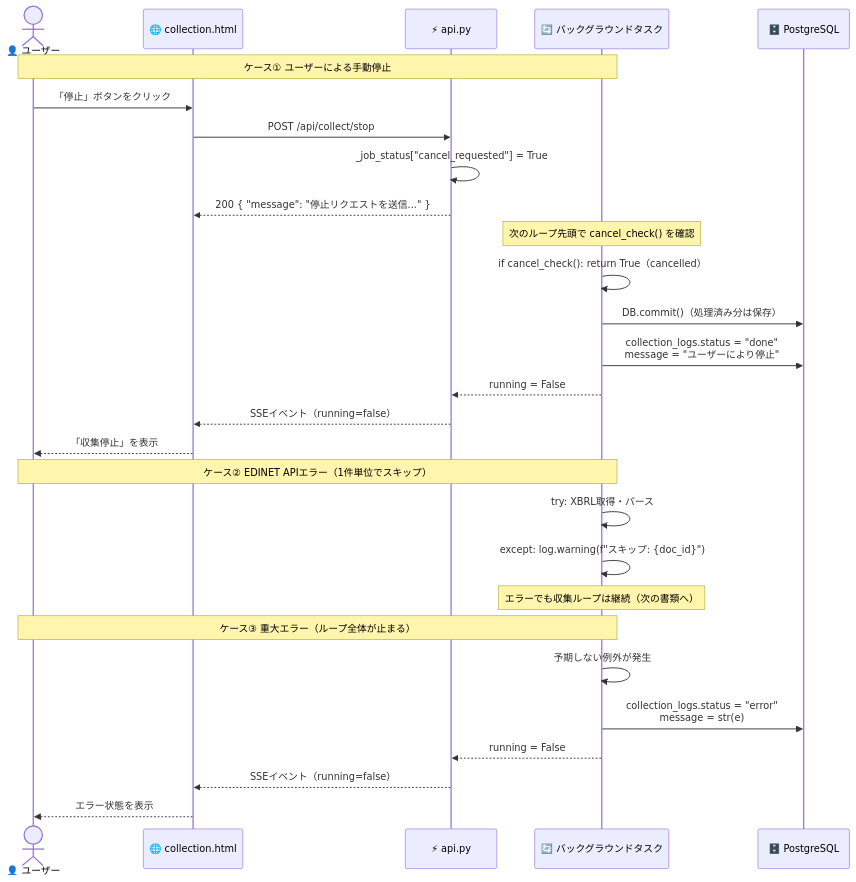
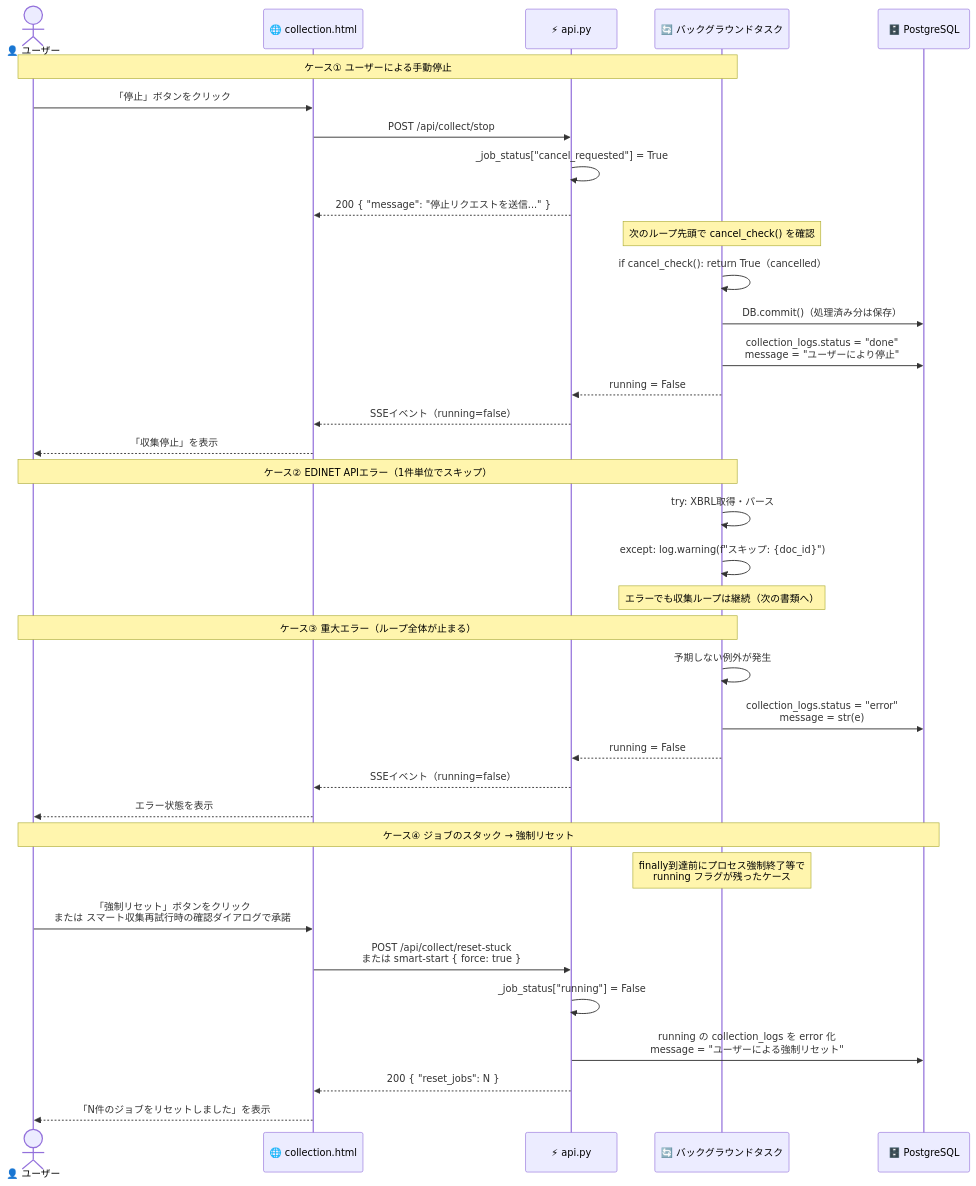
Before and after one commit to kome-kome/financial_app: the tenth of 15 diagrams in docs/ARCHITECTURE.md, drawn with Mermaid. The commit also changed other lines of this file and 2 other files, not shown here.

Commit message:
収集ジョブのスタック解消手段を追加・records_saved更新漏れを修正
- POST /api/collect/reset-stuck: running 状態で残ったジョブを強制的に error 化し in-memory フラグも解除
- スマート収集に force パラメータを追加し、エラー時に確認ダイアログで強制再開可能に
- 収集ログカードに「強制リセット」ボタンを追加
- _run_collection_bg / _run_smart_collection_bg で baseline からの差分で records_saved を更新
- ARCHITECTURE.md にエンドポイント追加と強制リセットフローを追記

````diff
--- a/docs/ARCHITECTURE.md
+++ b/docs/ARCHITECTURE.md
@@ -487,34 +487,43 @@
 ```mermaid
 sequenceDiagram
     actor       User  as 👤 ユーザー
     participant UI    as 🌐 collection.html
     participant API   as ⚡ api.py
     participant BGT   as 🔄 バックグラウンドタスク
     participant DB    as 🗄️ PostgreSQL
 
     Note over User,BGT: ケース① ユーザーによる手動停止
     User ->> UI  : 「停止」ボタンをクリック
     UI   ->> API : POST /api/collect/stop
     API  ->> API : _job_status["cancel_requested"] = True
     API -->> UI  : 200 { "message": "停止リクエストを送信..." }
 
     Note over BGT: 次のループ先頭で cancel_check() を確認
     BGT  ->> BGT : if cancel_check(): return True（cancelled）
     BGT  ->> DB  : DB.commit()（処理済み分は保存）
     BGT  ->> DB  : collection_logs.status = "done"<br/>message = "ユーザーにより停止"
     BGT -->> API : running = False
     API -->> UI  : SSEイベント（running=false）
     UI  -->> User: 「収集停止」を表示
 
     Note over User,BGT: ケース② EDINET APIエラー（1件単位でスキップ）
     BGT  ->> BGT : try: XBRL取得・パース
     BGT  ->> BGT : except: log.warning(f"スキップ: {doc_id}")
     Note over BGT: エラーでも収集ループは継続（次の書類へ）
 
     Note over User,BGT: ケース③ 重大エラー（ループ全体が止まる）
     BGT  ->> BGT : 予期しない例外が発生
     BGT  ->> DB  : collection_logs.status = "error"<br/>message = str(e)
     BGT -->> API : running = False
     API -->> UI  : SSEイベント（running=false）
     UI  -->> User: エラー状態を表示
+
+    Note over User,DB: ケース④ ジョブのスタック → 強制リセット
+    Note over BGT: finally到達前にプロセス強制終了等で<br/>running フラグが残ったケース
+    User ->> UI  : 「強制リセット」ボタンをクリック<br/>または スマート収集再試行時の確認ダイアログで承諾
+    UI   ->> API : POST /api/collect/reset-stuck<br/>または smart-start { force: true }
+    API  ->> API : _job_status["running"] = False
+    API  ->> DB  : running の collection_logs を error 化<br/>message = "ユーザーによる強制リセット"
+    API -->> UI  : 200 { "reset_jobs": N }
+    UI  -->> User: 「N件のジョブをリセットしました」を表示
 ```
````
